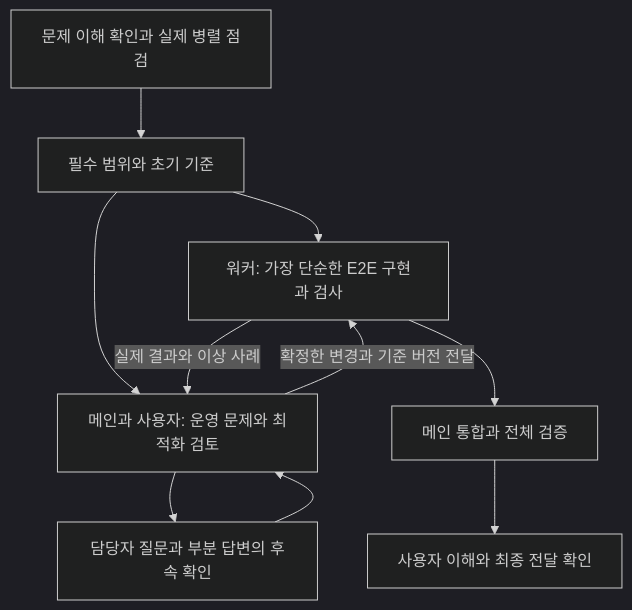
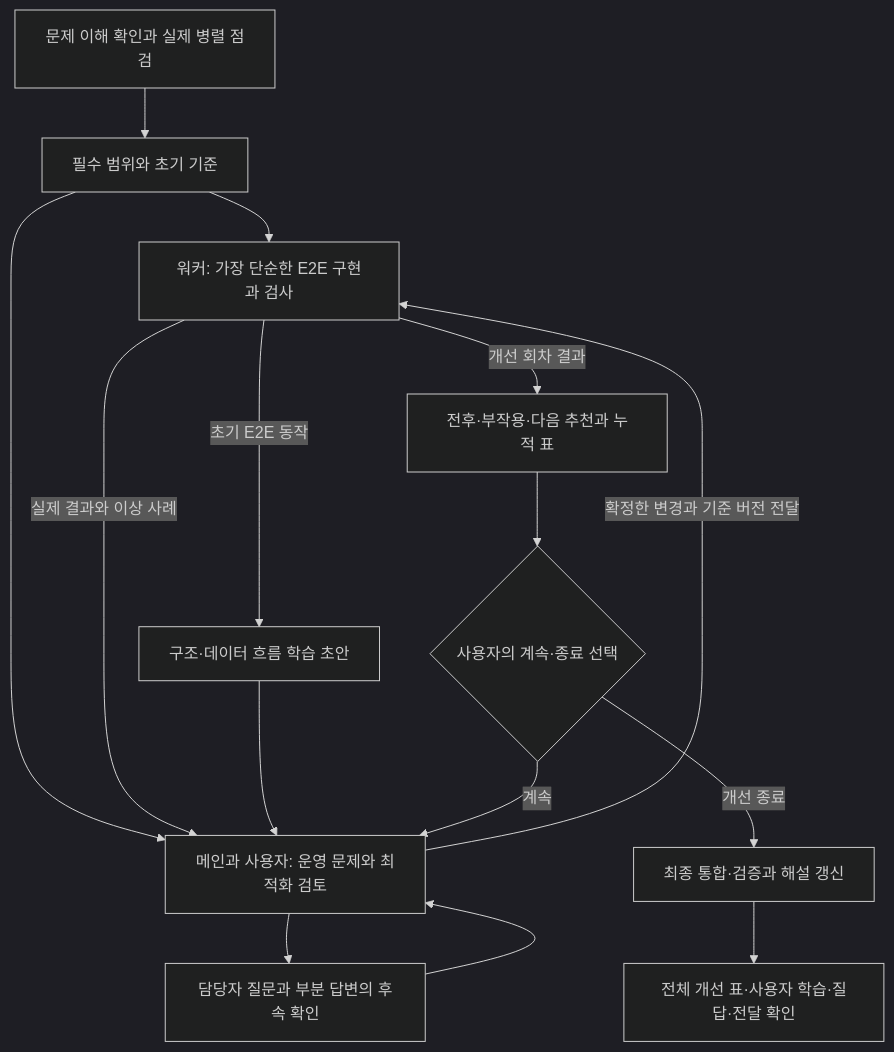
One commit to mangnoeyh/pad changed the diagram in DOUBLE_LOOP.md. Above: the diagram before and after it, drawn with Mermaid (dark theme). The commit also changed other lines of this file and 12 other files, not shown here.

````diff
--- a/DOUBLE_LOOP.md
+++ b/DOUBLE_LOOP.md
@@ -21,12 +21,17 @@
 ```mermaid
 flowchart TD
     A[문제 이해 확인과 실제 병렬 점검] --> B[필수 범위와 초기 기준]
     B --> C[워커: 가장 단순한 E2E 구현과 검사]
     B --> D[메인과 사용자: 운영 문제와 최적화 검토]
     C -->|실제 결과와 이상 사례| D
     D --> E[담당자 질문과 부분 답변의 후속 확인]
     E --> D
     D -->|확정한 변경과 기준 버전 전달| C
-    C --> F[메인 통합과 전체 검증]
-    F --> G[사용자 이해와 최종 전달 확인]
+    C -->|초기 E2E 동작| L[구조·데이터 흐름 학습 초안]
+    L --> D
+    C -->|개선 회차 결과| F[전후·부작용·다음 추천과 누적 표]
+    F --> H{사용자의 계속·종료 선택}
+    H -->|계속| D
+    H -->|개선 종료| I[최종 통합·검증과 해설 갱신]
+    I --> G[전체 개선 표·사용자 학습·질답·전달 확인]
 ```
````
